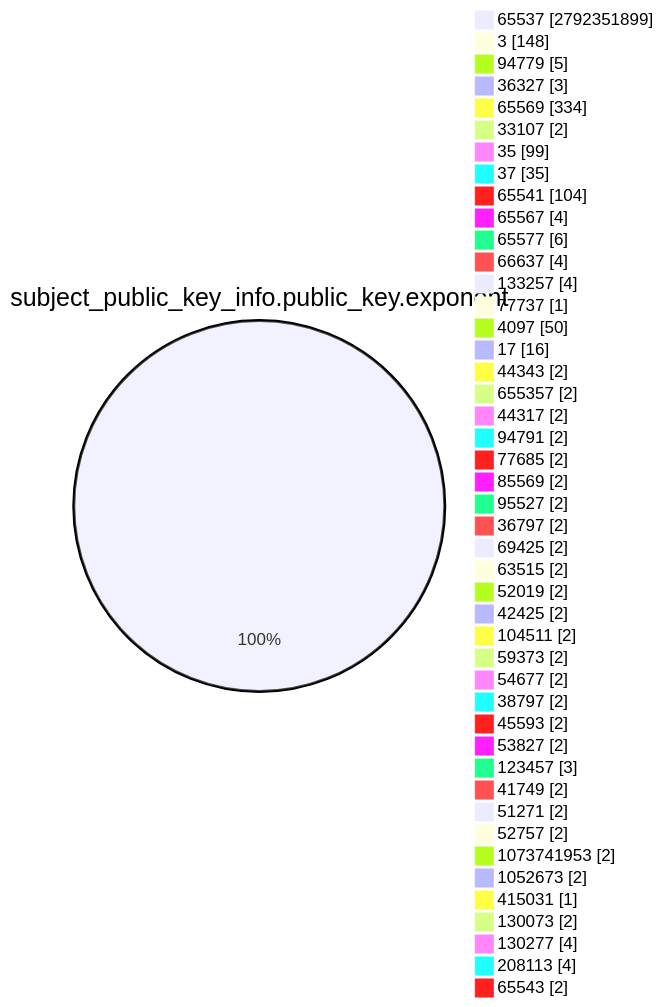
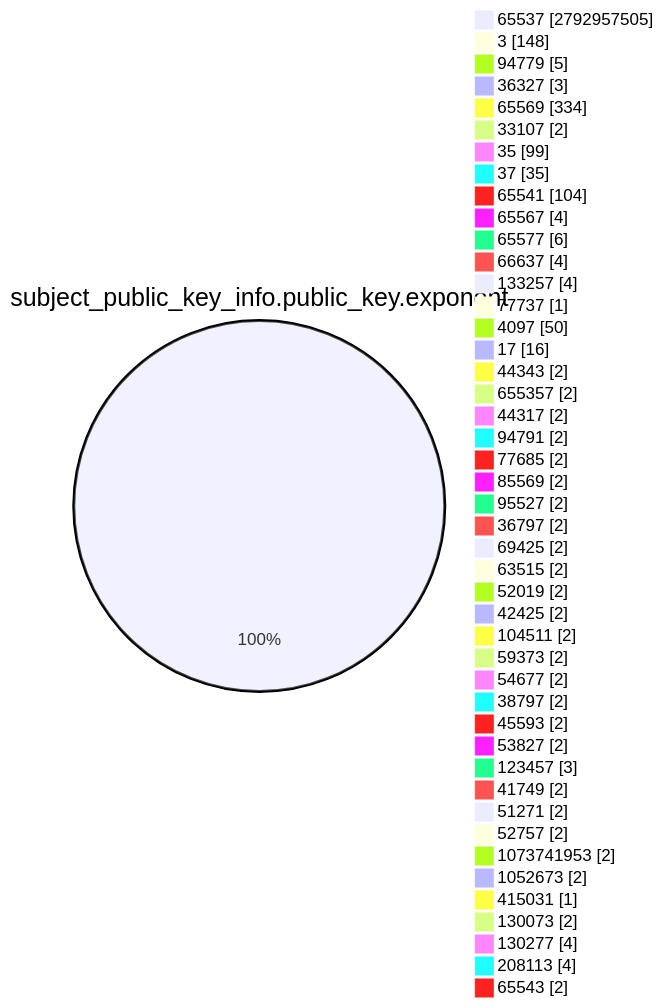
Before and after one commit to christiankrug/ctmonitor_visualization: the fourth of 15 diagrams in TOTAL/README.md, drawn with Mermaid. The commit also changed other lines of this file, not shown here.

````diff
--- a/TOTAL/README.md
+++ b/TOTAL/README.md
@@ -1467,49 +1467,49 @@
 ```mermaid
 pie showData
 title subject_public_key_info.public_key.exponent
-"65537" :2792351899
+"65537" :2792957505
 "3" :148
 "94779" :5
 "36327" :3
 "65569" :334
 "33107" :2
 "35" :99
 "37" :35
 "65541" :104
 "65567" :4
 "65577" :6
 "66637" :4
 "133257" :4
 "77737" :1
 "4097" :50
 "17" :16
 "44343" :2
 "655357" :2
 "44317" :2
 "94791" :2
 "77685" :2
 "85569" :2
 "95527" :2
 "36797" :2
 "69425" :2
 "63515" :2
 "52019" :2
 "42425" :2
 "104511" :2
 "59373" :2
 "54677" :2
 "38797" :2
 "45593" :2
 "53827" :2
 "123457" :3
 "41749" :2
 "51271" :2
 "52757" :2
 "1073741953" :2
 "1052673" :2
 "415031" :1
 "130073" :2
 "130277" :4
 "208113" :4
 "65543" :2
 ```
````
